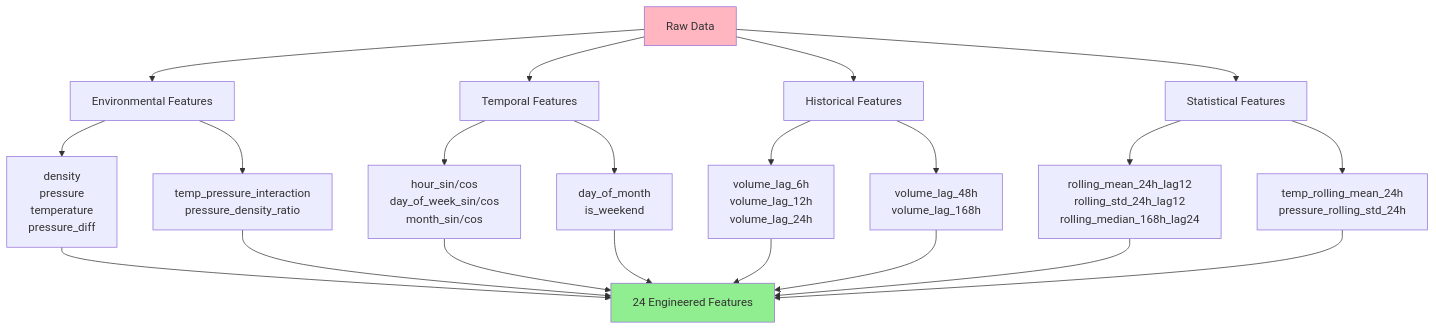
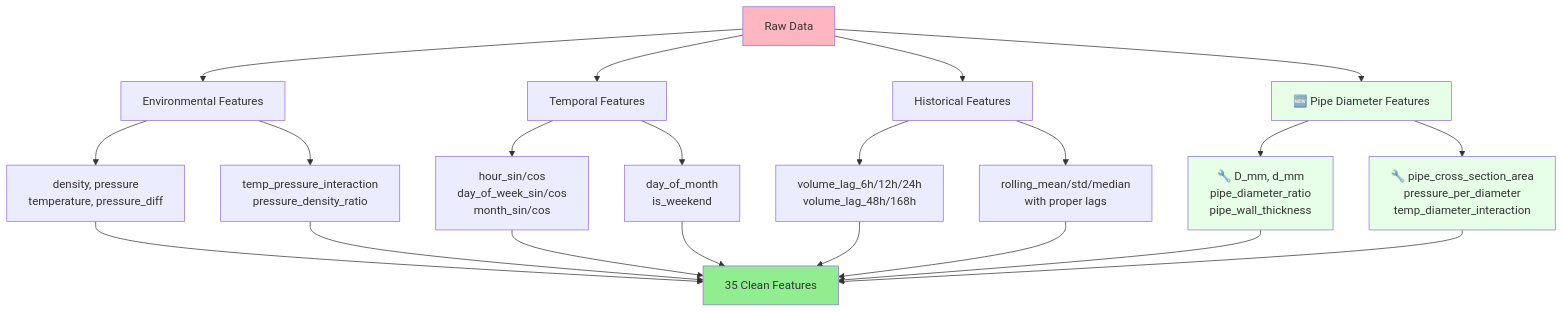
One commit to GameHelix/centipede changed the sixth of 13 diagrams in README.md. Above: the diagram before and after it, drawn with Mermaid. The commit also changed other lines of this file, not shown here.

````diff
--- a/README.md
+++ b/README.md
@@ -156,31 +183,34 @@
 ```mermaid
 graph TD
     A[Raw Data] --> B[Environmental Features]
     A --> C[Temporal Features] 
     A --> D[Historical Features]
-    A --> E[Statistical Features]
+    A --> E[🆕 Pipe Diameter Features]
     
-    B --> B1[density<br/>pressure<br/>temperature<br/>pressure_diff]
+    B --> B1[density, pressure<br/>temperature, pressure_diff]
     B --> B2[temp_pressure_interaction<br/>pressure_density_ratio]
     
     C --> C1[hour_sin/cos<br/>day_of_week_sin/cos<br/>month_sin/cos]
     C --> C2[day_of_month<br/>is_weekend]
     
-    D --> D1[volume_lag_6h<br/>volume_lag_12h<br/>volume_lag_24h]
-    D --> D2[volume_lag_48h<br/>volume_lag_168h]
+    D --> D1[volume_lag_6h/12h/24h<br/>volume_lag_48h/168h]
+    D --> D2[rolling_mean/std/median<br/>with proper lags]
     
-    E --> E1[rolling_mean_24h_lag12<br/>rolling_std_24h_lag12<br/>rolling_median_168h_lag24]
-    E --> E2[temp_rolling_mean_24h<br/>pressure_rolling_std_24h]
+    E --> E1[🔧 D_mm, d_mm<br/>pipe_diameter_ratio<br/>pipe_wall_thickness]
+    E --> E2[🔧 pipe_cross_section_area<br/>pressure_per_diameter<br/>temp_diameter_interaction]
     
-    B1 --> F[24 Engineered Features]
+    B1 --> F[35 Clean Features]
     B2 --> F
     C1 --> F
     C2 --> F
     D1 --> F
     D2 --> F
     E1 --> F
     E2 --> F
     
     style F fill:#90EE90
     style A fill:#FFB6C1
+    style E fill:#e6ffe6
+    style E1 fill:#e6ffe6
+    style E2 fill:#e6ffe6
 ```
````
